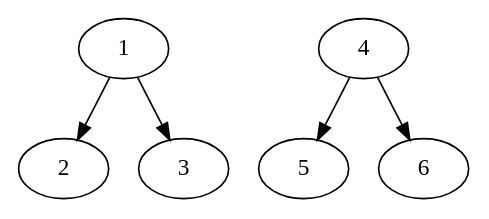
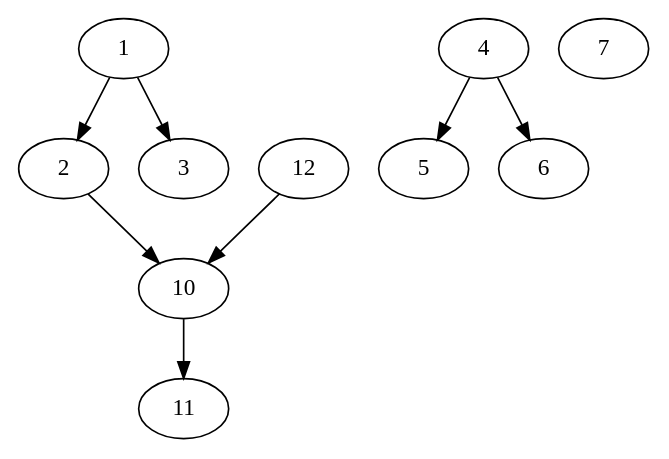
Before and after one commit to corradomio/java_projects: the diagram in check_jgrapht_spl/closures.dot, drawn with Graphviz. The commit also changed 10 other files, not shown here.

```diff
--- a/check_jgrapht_spl/closures.dot
+++ b/check_jgrapht_spl/closures.dot
@@ -1,12 +1,19 @@
 strict digraph G {
   1 [ label="1" ];
   2 [ label="2" ];
   3 [ label="3" ];
   4 [ label="4" ];
   5 [ label="5" ];
   6 [ label="6" ];
-  1 -> 2;
-  1 -> 3;
+  7 [ label="7" ];
+  8 [ label="10" ];
+  9 [ label="11" ];
+  10 [ label="12" ];
+  8 -> 9;
+  10 -> 8;
+  2 -> 8;
   4 -> 6;
   4 -> 5;
+  1 -> 3;
+  1 -> 2;
 }
```
